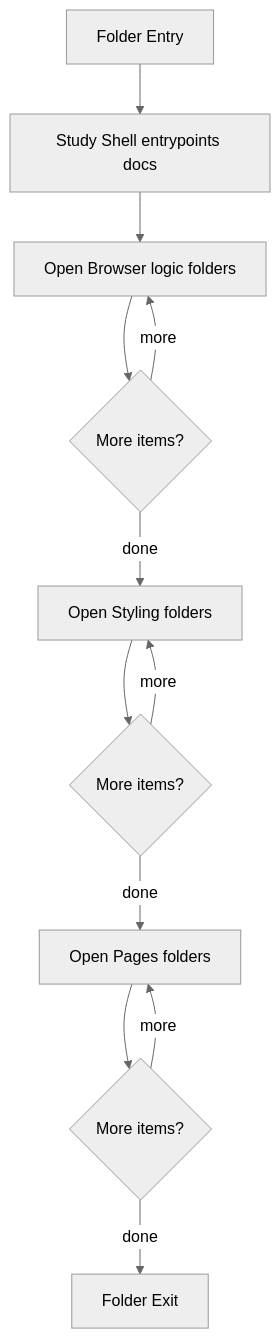
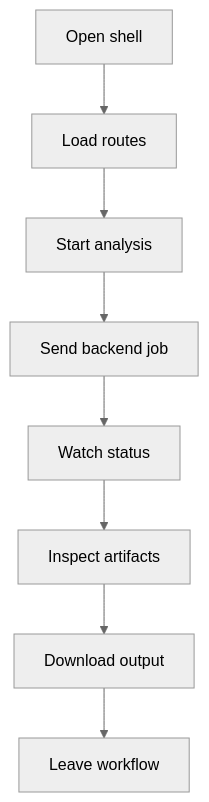
Before and after one commit to JohnAndrewBalbarosa/NeoTerritory: the diagram in docs/Codebase/Frontend/README.md, drawn with Mermaid (neutral theme). The commit also changed other lines of this file and 21 other files, not shown here.

````diff
--- a/docs/Codebase/Frontend/README.md
+++ b/docs/Codebase/Frontend/README.md
@@ -14,23 +25,18 @@
 ```mermaid
 flowchart TD
-    Start["Folder Entry"]
-    N0["Study Shell entrypoints docs"]
-    N1["Open Browser logic folders"]
-    L1{"More items?"}
-    N2["Open Styling folders"]
-    L2{"More items?"}
-    N3["Open Pages folders"]
-    L3{"More items?"}
-    End["Folder Exit"]
+    Start["Open shell"]
+    N0["Load routes"]
+    N1["Start analysis"]
+    N2["Send backend job"]
+    N3["Watch status"]
+    N4["Inspect artifacts"]
+    N5["Download output"]
+    End["Leave workflow"]
     Start --> N0
     N0 --> N1
-    N1 --> L1
-    L1 -->|more| N1
-    L1 -->|done| N2
-    N2 --> L2
-    L2 -->|more| N2
-    L2 -->|done| N3
-    N3 --> L3
-    L3 -->|more| N3
-    L3 -->|done| End
+    N1 --> N2
+    N2 --> N3
+    N3 --> N4
+    N4 --> N5
+    N5 --> End
 ```
````
